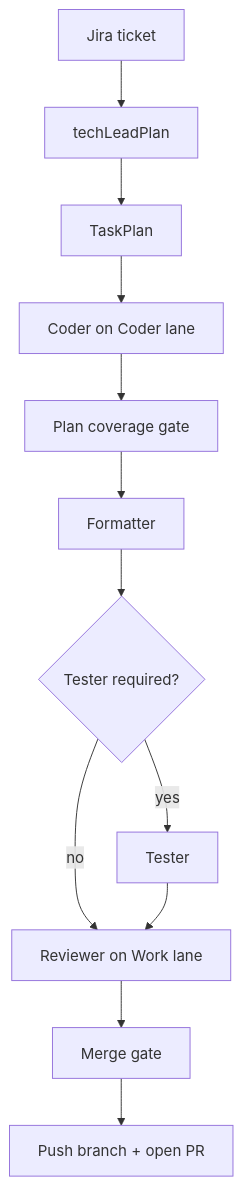
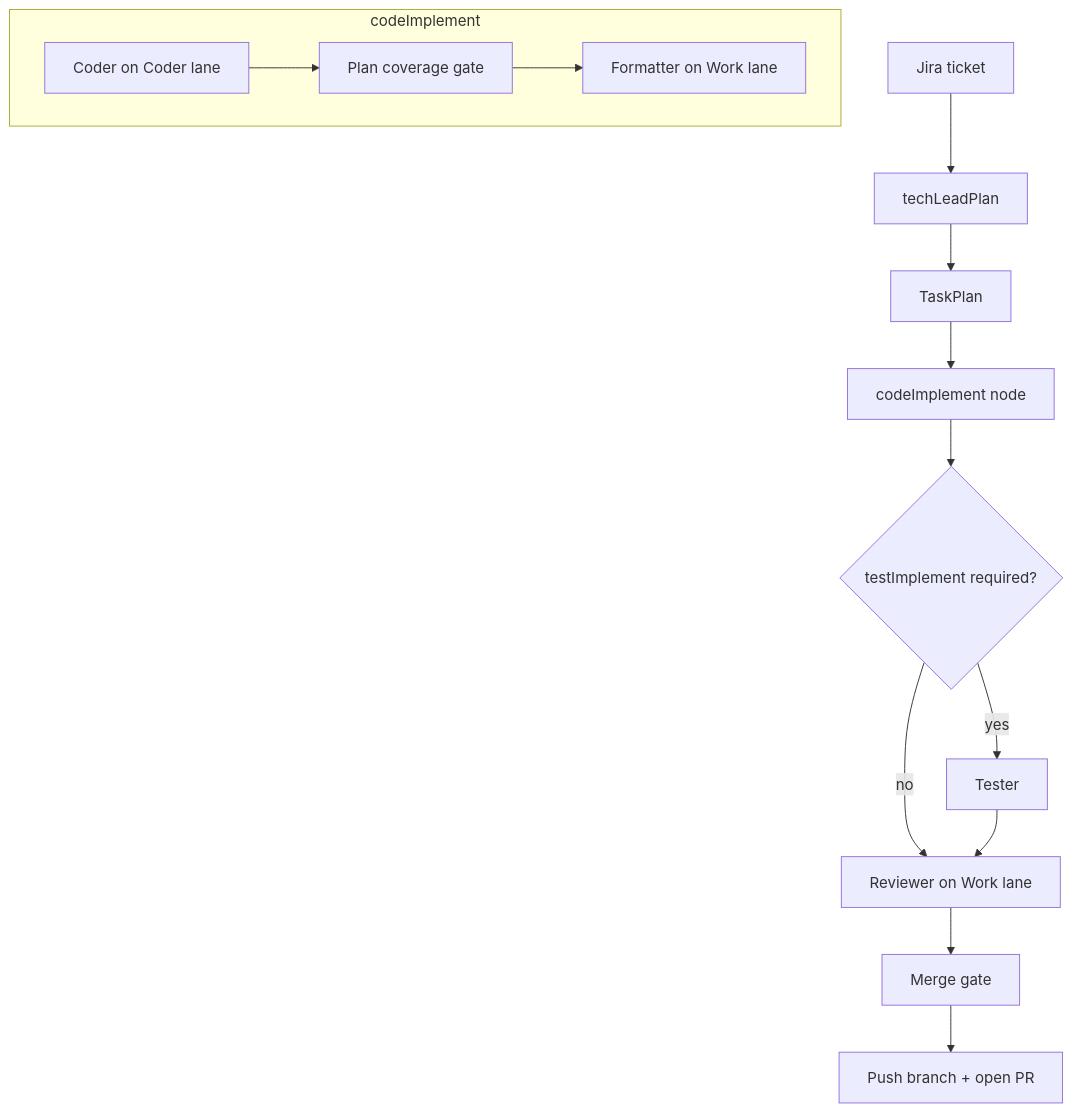
Before and after one commit to MWilk97/sprint-crew-v2: the diagram in README.md, drawn with Mermaid. The commit also changed other lines of this file and 45 other files, not shown here.

````diff
--- a/README.md
+++ b/README.md
@@ -19,14 +17,18 @@
 ```mermaid
 flowchart TD
   Ticket[Jira ticket] --> TechLeadPlan[techLeadPlan]
   TechLeadPlan --> TaskPlan[TaskPlan]
-  TaskPlan --> Coder[Coder on Coder lane]
-  Coder --> Coverage[Plan coverage gate]
-  Coverage --> Formatter[Formatter]
-  Formatter --> Tester{Tester required?}
+  TaskPlan --> CodeImplement[codeImplement node]
+  subgraph codeImplement [codeImplement]
+    Coder[Coder on Coder lane]
+    Coverage[Plan coverage gate]
+    Formatter[Formatter on Work lane]
+    Coder --> Coverage --> Formatter
+  end
+  CodeImplement --> Tester{testImplement required?}
   Tester -->|yes| TestAgent[Tester]
   Tester -->|no| Reviewer[Reviewer on Work lane]
   TestAgent --> Reviewer
   Reviewer --> MergeGate[Merge gate]
   MergeGate --> Ship[Push branch + open PR]
 ```
````
